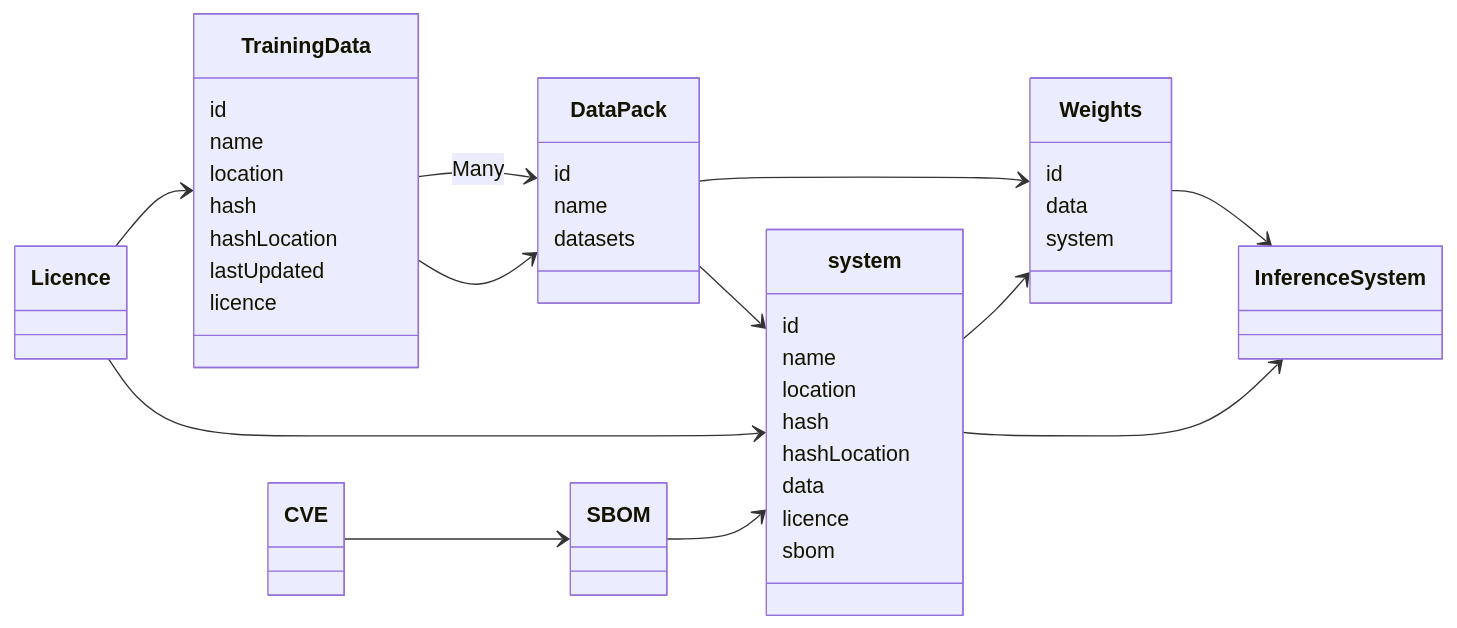
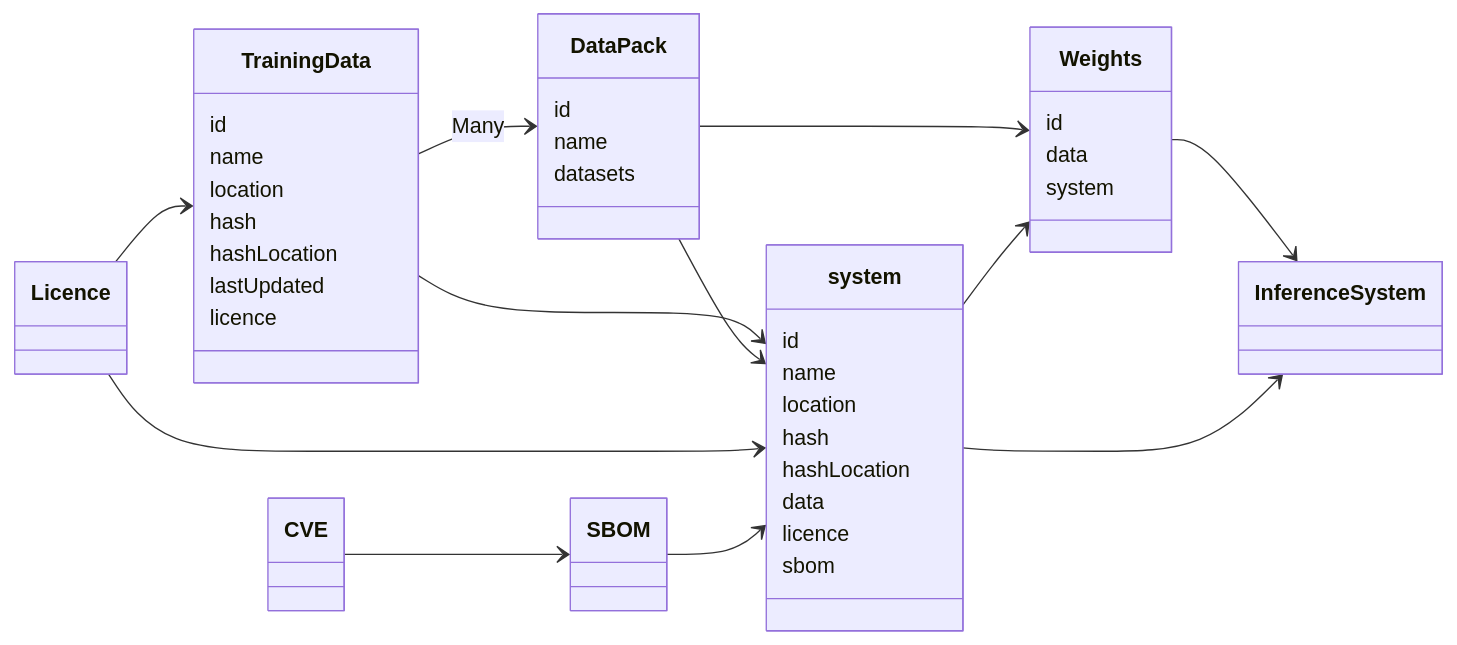
Before and after one commit to nqminds/Trusted-AI-BOM: the diagram in packages/docusaurus/docs/working-docs/30-requirements-and-design/30-requirements-and-design.md, drawn with Mermaid.

Commit message:
[2024-10-24 08:03:20] Tony McCaigue: Requirements & Design

````diff
--- a/packages/docusaurus/docs/working-docs/30-requirements-and-design/30-requirements-and-design.md
+++ b/packages/docusaurus/docs/working-docs/30-requirements-and-design/30-requirements-and-design.md
@@ -7,64 +7,64 @@
 ```mermaid
 
 classDiagram 
     direction LR
 
     class DataPack {
         id
         name
         datasets
     }
 
     class TrainingData{
         id
         name
         location
         hash
         hashLocation
         lastUpdated
         licence
     }
 
     class Licence{
     }
 
     class CVE{
     }
 
     class SBOM {
     }
 
     class system {
         id
         name
         location
         hash
         hashLocation
         data
         licence
         sbom
     }
 
 
     class InferenceSystem{
     }
     
     class Weights{
         id
         data
         system
     }
 
     TrainingData  -->  DataPack: Many
-    TrainingData --> DataPack
+    TrainingData --> system
     DataPack --> system
     DataPack --> Weights
     Weights --> InferenceSystem
     system --> Weights
     system --> InferenceSystem
     Licence --> system
     Licence --> TrainingData
     CVE --> SBOM
     SBOM --> system
 
 ```
````
